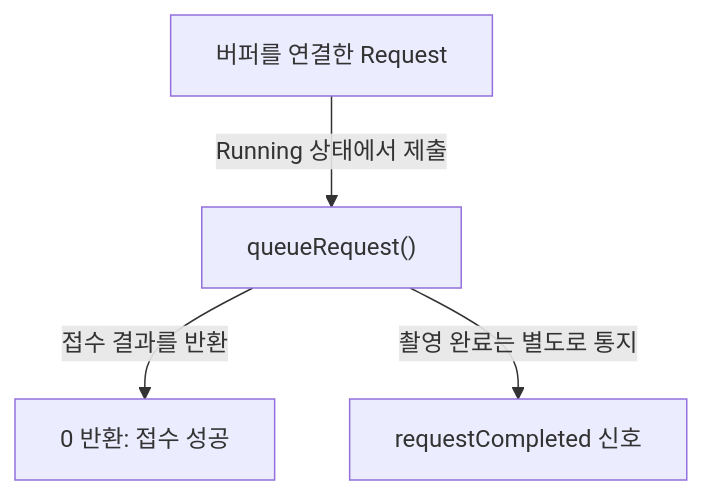
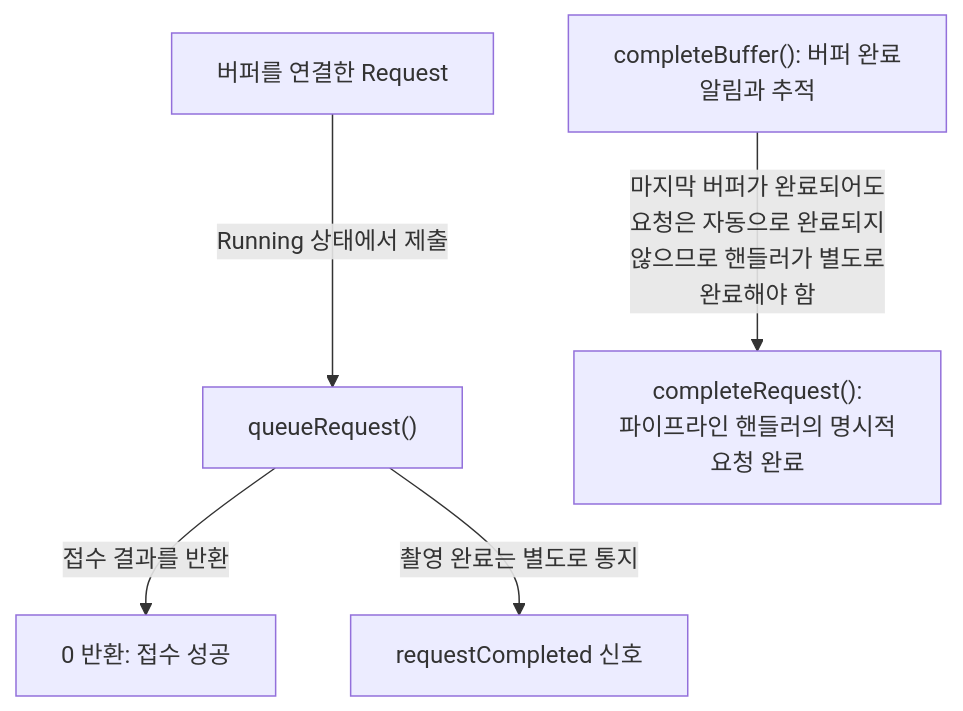
Before and after one commit to TTolsun/libcamera-sdd: the second of 3 diagrams in docs/overview.md, drawn with Mermaid. The commit also changed other lines of this file and 41 other files, not shown here.

Commit message:
Publish clearer request completion and investigation resumption guidance

````diff
--- a/docs/overview.md
+++ b/docs/overview.md
@@ -106,11 +745,14 @@
 ```mermaid
 flowchart TB
-%% sdd:translations {"0 반환: 접수 성공": "Return 0: submission <br/>accepted", "Running 상태에서 제출": "Submit in Running state", "queueRequest()": "queueRequest()", "requestCompleted 신호": "requestCompleted signal", "버퍼를 연결한 Request": "Request with capture buffers", "접수 결과를 반환": "Return submission result", "촬영 완료는 별도로 통지": "Notify completion separately"}
+%% sdd:translations {"0 반환: 접수 성공": "Return 0: submission <br/>accepted", "Running 상태에서 제출": "Submit in Running state", "completeBuffer#40;#41;: 버퍼 완료 <br/>알림과 추적": "completeBuffer#40;#41;: buffer <br/>completion notification and <br/>tracking", "completeRequest#40;#41;: <br/>파이프라인 핸들러의 명시적 <br/>요청 완료": "completeRequest#40;#41;: explicit <br/>request completion by the <br/>pipeline handler", "queueRequest#40;#41;": "queueRequest#40;#41;", "requestCompleted 신호": "requestCompleted signal", "마지막 버퍼가 완료되어도 <br/>요청은 자동으로 완료되지 <br/>않으므로 핸들러가 별도로 <br/>완료해야 함": "Even the last buffer does <br/>not automatically complete <br/>the request; the handler <br/>must complete it separately", "버퍼를 연결한 Request": "Request with capture buffers", "접수 결과를 반환": "Return submission result", "촬영 완료는 별도로 통지": "Notify completion separately"}
   v_request["버퍼를 연결한 Request"]
-  v_queue["queueRequest()"]
+  v_queue["queueRequest#40;#41;"]
   v_accepted["0 반환: 접수 성공"]
   v_signal["requestCompleted 신호"]
+  v_complete-buffer["completeBuffer#40;#41;: 버퍼 완료 <br/>알림과 추적"]
+  v_complete-request["completeRequest#40;#41;: <br/>파이프라인 핸들러의 명시적 <br/>요청 완료"]
   v_request -->|"Running 상태에서 제출"| v_queue
   v_queue -->|"접수 결과를 반환"| v_accepted
   v_queue -->|"촬영 완료는 별도로 통지"| v_signal
+  v_complete-buffer -->|"마지막 버퍼가 완료되어도 <br/>요청은 자동으로 완료되지 <br/>않으므로 핸들러가 별도로 <br/>완료해야 함"| v_complete-request
 ```
````
